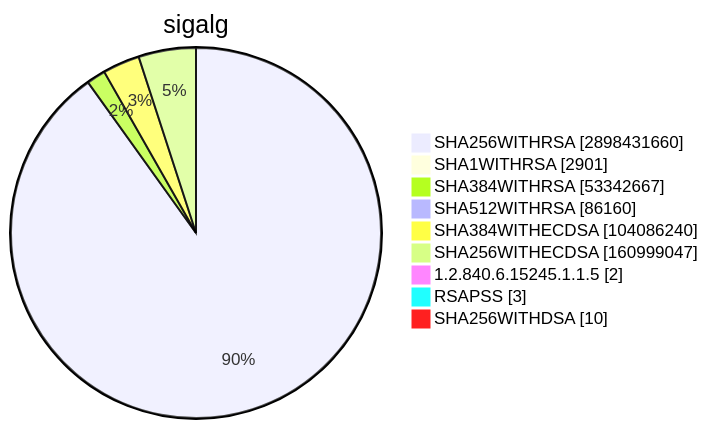
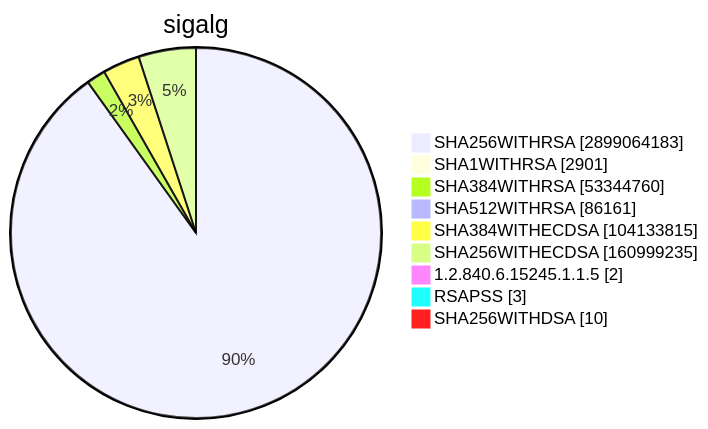
Diagram 15 of 15 in TOTAL/README.md (christiankrug/ctmonitor_visualization), drawn with Mermaid before and after one commit. The commit also changed other lines of this file, not shown here.

````diff
--- a/TOTAL/README.md
+++ b/TOTAL/README.md
@@ -6207,13 +6207,13 @@
 ```mermaid
 pie showData
 title sigalg
-"SHA256WITHRSA" :2898431660
+"SHA256WITHRSA" :2899064183
 "SHA1WITHRSA" :2901
-"SHA384WITHRSA" :53342667
-"SHA512WITHRSA" :86160
-"SHA384WITHECDSA" :104086240
-"SHA256WITHECDSA" :160999047
+"SHA384WITHRSA" :53344760
+"SHA512WITHRSA" :86161
+"SHA384WITHECDSA" :104133815
+"SHA256WITHECDSA" :160999235
 "1.2.840.6.15245.1.1.5" :2
 "RSAPSS" :3
 "SHA256WITHDSA" :10
 ```
````
